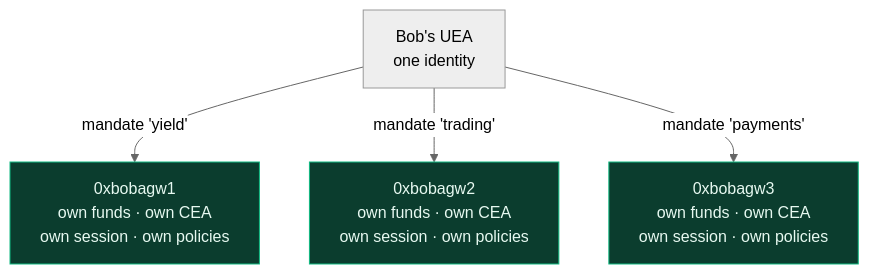
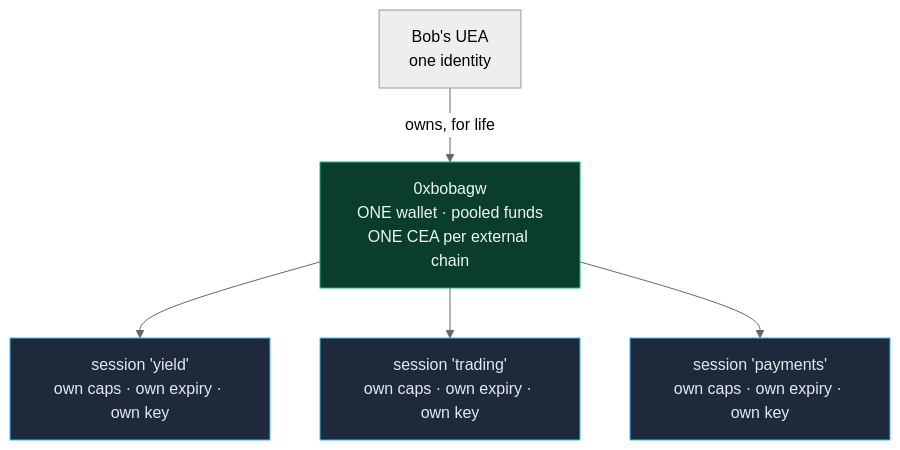
Before and after one commit to HusseinAdeiza/push-agentic-wallets: the sixth of 9 diagrams in docs/architecture.md, drawn with Mermaid (neutral theme). The commit also changed other lines of this file and 31 other files, not shown here.

First line of the commit message:
Implement architecture v2: one wallet per user

````diff
--- a/docs/architecture.md
+++ b/docs/architecture.md
@@ -324,11 +369,13 @@
 ```mermaid
 graph TB
     UEA["Bob's UEA<br/>one identity"]
-    UEA -->|mandate 'yield'| W1["0xbobagw1<br/>own funds · own CEA<br/>own session · own policies"]
-    UEA -->|mandate 'trading'| W2["0xbobagw2<br/>own funds · own CEA<br/>own session · own policies"]
-    UEA -->|mandate 'payments'| W3["0xbobagw3<br/>own funds · own CEA<br/>own session · own policies"]
+    UEA -->|owns, for life| W["0xbobagw<br/>ONE wallet · pooled funds<br/>ONE CEA per external chain"]
+    W --> S1["session 'yield'<br/>own caps · own expiry · own key"]
+    W --> S2["session 'trading'<br/>own caps · own expiry · own key"]
+    W --> S3["session 'payments'<br/>own caps · own expiry · own key"]
 
-    style W1 fill:#0b3d2e,stroke:#10b981,color:#e7f9f1
-    style W2 fill:#0b3d2e,stroke:#10b981,color:#e7f9f1
-    style W3 fill:#0b3d2e,stroke:#10b981,color:#e7f9f1
+    style W fill:#0b3d2e,stroke:#10b981,color:#e7f9f1
+    style S1 fill:#1e293b,stroke:#38bdf8,color:#e2e8f0
+    style S2 fill:#1e293b,stroke:#38bdf8,color:#e2e8f0
+    style S3 fill:#1e293b,stroke:#38bdf8,color:#e2e8f0
 ```
````
